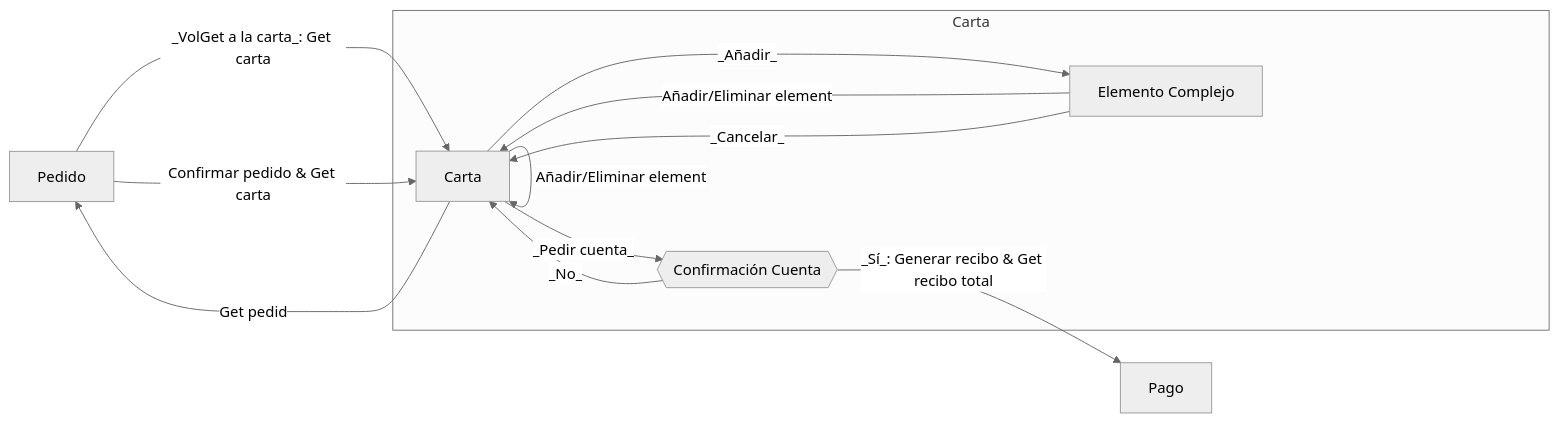
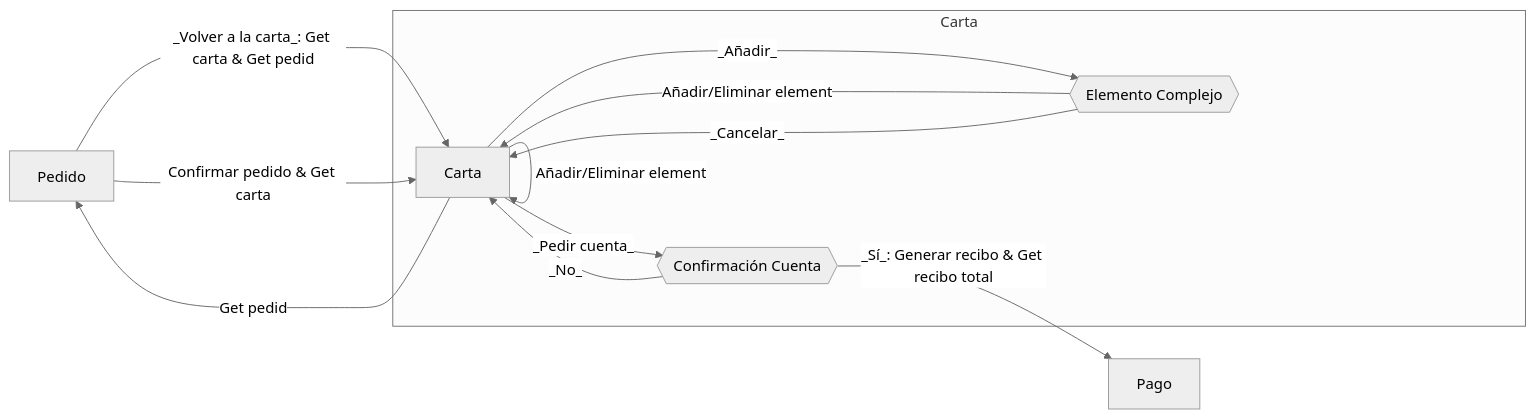
The fifth of 16 diagrams in documentacion/requisitos/diagramas_de_flujo.md (pabenito/QRest), drawn with Mermaid (neutral theme) before and after one commit. The commit also changed other lines of this file, not shown here.

````diff
--- a/documentacion/requisitos/diagramas_de_flujo.md
+++ b/documentacion/requisitos/diagramas_de_flujo.md
@@ -63,20 +63,20 @@
 ```mermaid
 flowchart LR
     pedido[Pedido]
     pago[Pago]
     subgraph g_carta[Carta]
         carta[Carta]
-        elemento_complejo[Elemento Complejo]
+        elemento_complejo{{Elemento Complejo}}
         confirmacion_cuenta{{Confirmación Cuenta}}
     end
     carta --Añadir/Eliminar elemento--> carta
     carta --_Añadir_--> elemento_complejo
     elemento_complejo --Añadir/Eliminar elemento--> carta
     elemento_complejo --_Cancelar_--> carta
     carta --Get pedido--> pedido
-    pedido --_VolGet a la carta_: Get carta--> carta
+    pedido --_Volver a la carta_: Get carta & Get pedido--> carta
     pedido --Confirmar pedido & Get carta--> carta
     carta --_Pedir cuenta_--> confirmacion_cuenta
     confirmacion_cuenta --_Sí_: Generar recibo & Get recibo total--> pago
     confirmacion_cuenta --_No_--> carta
 ```
````
